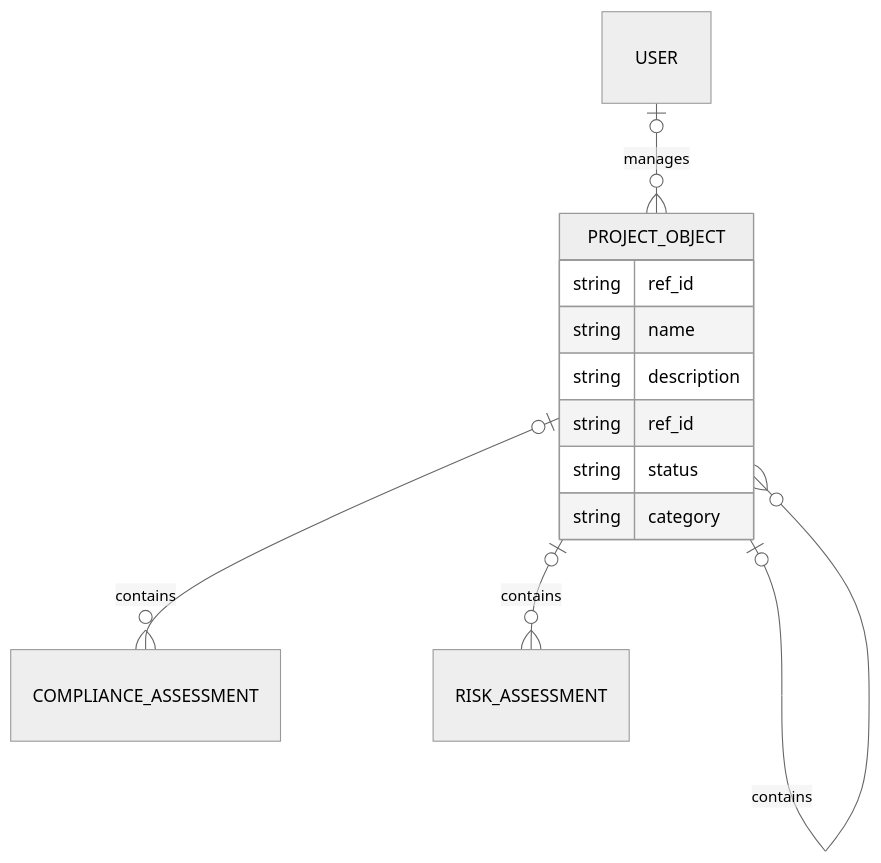
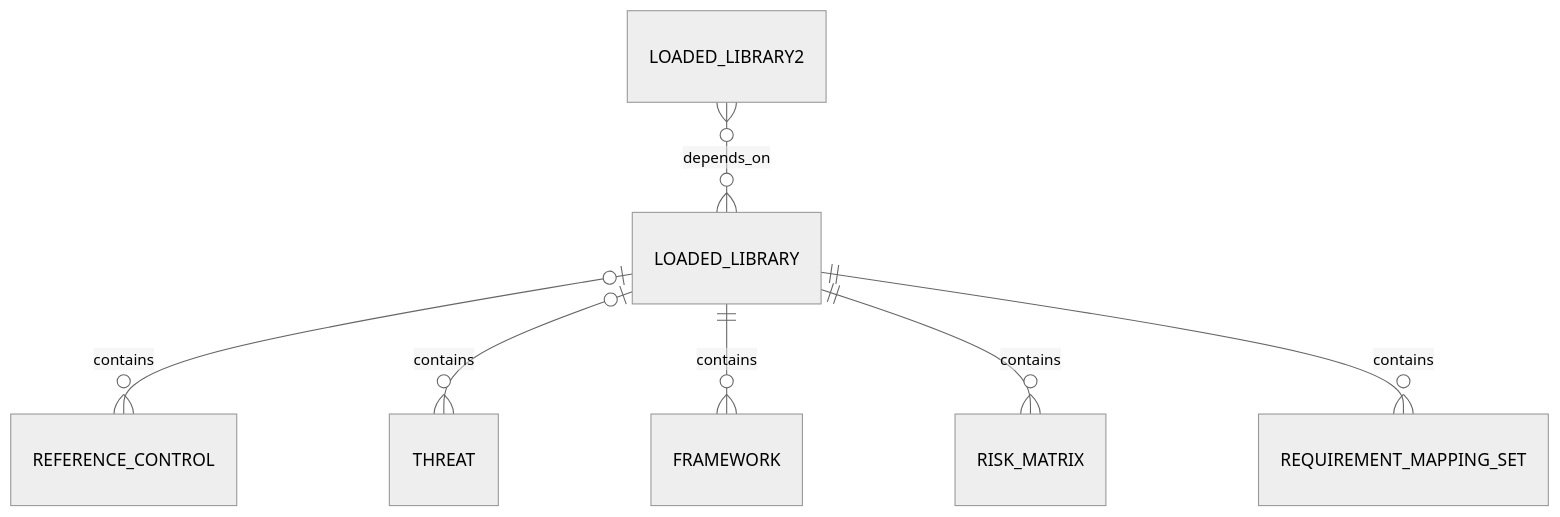
The fourth of 17 diagrams in documentation/architecture/data-model.md (intuitem/ciso-assistant-community), drawn with Mermaid (neutral theme) before and after one commit. The commit also changed other lines of this file and 1 other file, not shown here.

````diff
--- a/documentation/architecture/data-model.md
+++ b/documentation/architecture/data-model.md
@@ -102,17 +86,11 @@
 ```mermaid
 erDiagram
 
-    PROJECT_OBJECT               |o--o{ COMPLIANCE_ASSESSMENT : contains
-    PROJECT_OBJECT               |o--o{ RISK_ASSESSMENT       : contains
-    PROJECT_OBJECT               |o--o{ PROJECT_OBJECT        : contains
-    USER                         |o--o{ PROJECT_OBJECT        : manages
+    LOADED_LIBRARY      |o--o{ REFERENCE_CONTROL        : contains
+    LOADED_LIBRARY      |o--o{ THREAT                   : contains
+    LOADED_LIBRARY      ||--o{ FRAMEWORK                : contains
+    LOADED_LIBRARY      ||--o{ RISK_MATRIX              : contains
+    LOADED_LIBRARY      ||--o{ REQUIREMENT_MAPPING_SET  : contains
+    LOADED_LIBRARY2     }o--o{ LOADED_LIBRARY           : depends_on
 
-    PROJECT_OBJECT {
-        string ref_id
-        string name
-        string description
-        string ref_id
-        string status
-        string category
-    }
 ```
````
